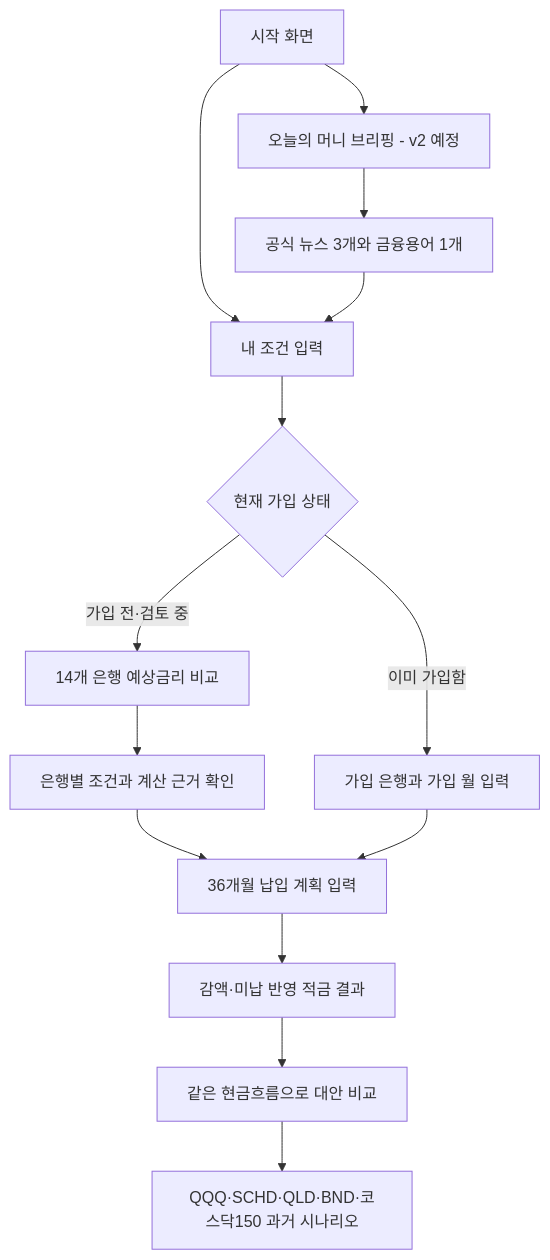
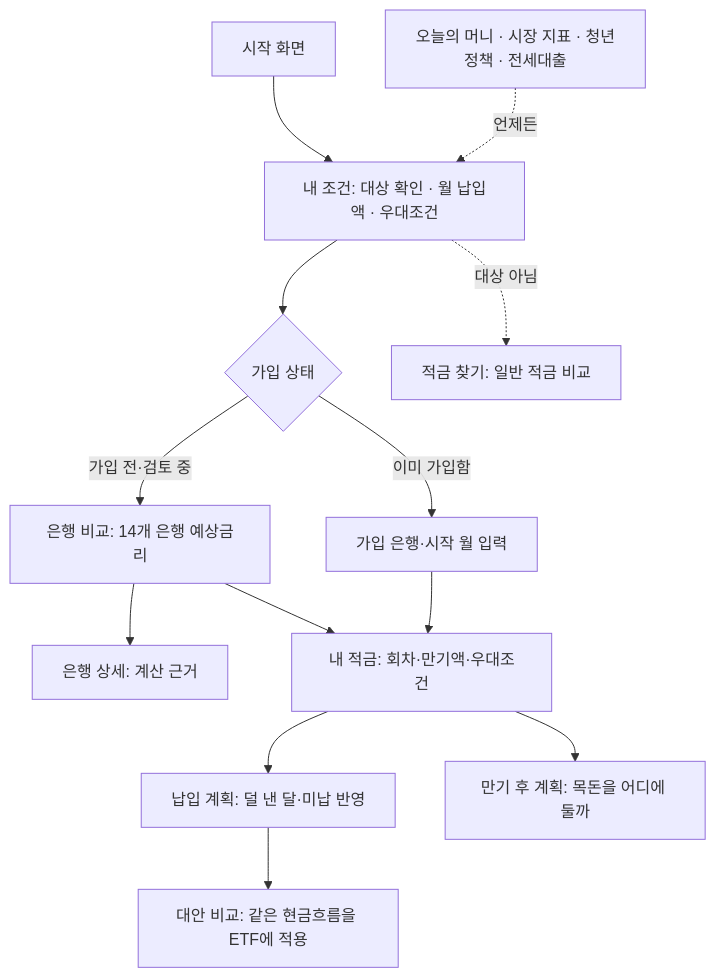
One commit to geonwoong-lee/formymoney changed the first of 2 diagrams in README.md. Above: the diagram before and after it, drawn with Mermaid. The commit also changed other lines of this file and 19 other files, not shown here.

````diff
--- a/README.md
+++ b/README.md
@@ -25,16 +51,15 @@
 ```mermaid
 flowchart TD
-    A[시작 화면] --> B[내 조건 입력]
-    A --> K[오늘의 머니 브리핑 - v2 예정]
-    K --> L[공식 뉴스 3개와 금융용어 1개]
-    L --> B
-    B --> C{현재 가입 상태}
-    C -->|가입 전·검토 중| D[14개 은행 예상금리 비교]
-    D --> E[은행별 조건과 계산 근거 확인]
-    E --> F[36개월 납입 계획 입력]
-    C -->|이미 가입함| G[가입 은행과 가입 월 입력]
-    G --> F
-    F --> H[감액·미납 반영 적금 결과]
-    H --> I[같은 현금흐름으로 대안 비교]
-    I --> J[QQQ·SCHD·QLD·BND·코스닥150 과거 시나리오]
+    A[시작 화면] --> B[내 조건: 대상 확인 · 월 납입액 · 우대조건]
+    B --> C{가입 상태}
+    C -->|가입 전·검토 중| D[은행 비교: 14개 은행 예상금리]
+    D --> E[은행 상세: 계산 근거]
+    C -->|이미 가입함| F[가입 은행·시작 월 입력]
+    D --> G[내 적금: 회차·만기액·우대조건]
+    F --> G
+    G --> H[납입 계획: 덜 낸 달·미납 반영]
+    H --> I[대안 비교: 같은 현금흐름을 ETF에 적용]
+    G --> J[만기 후 계획: 목돈을 어디에 둘까]
+    B -.대상 아님.-> K[적금 찾기: 일반 적금 비교]
+    L[오늘의 머니 · 시장 지표 · 청년정책 · 전세대출] -.언제든.-> B
 ```
````
